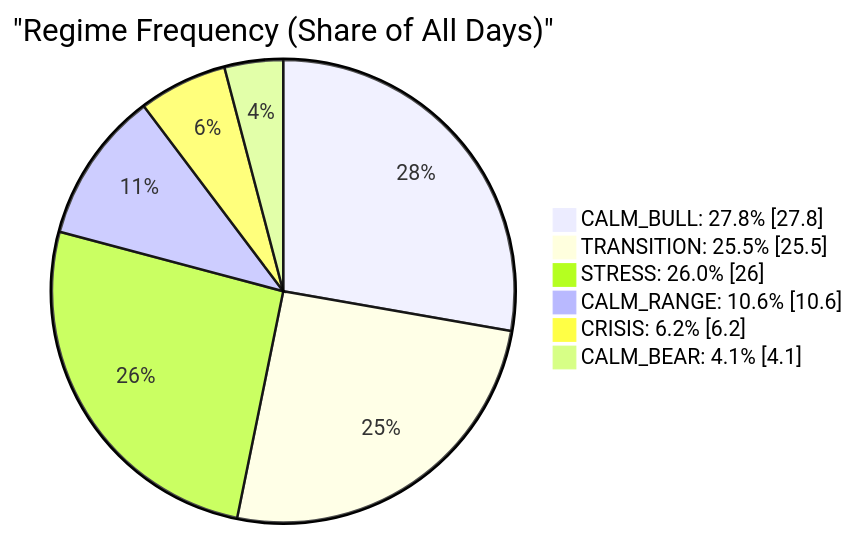
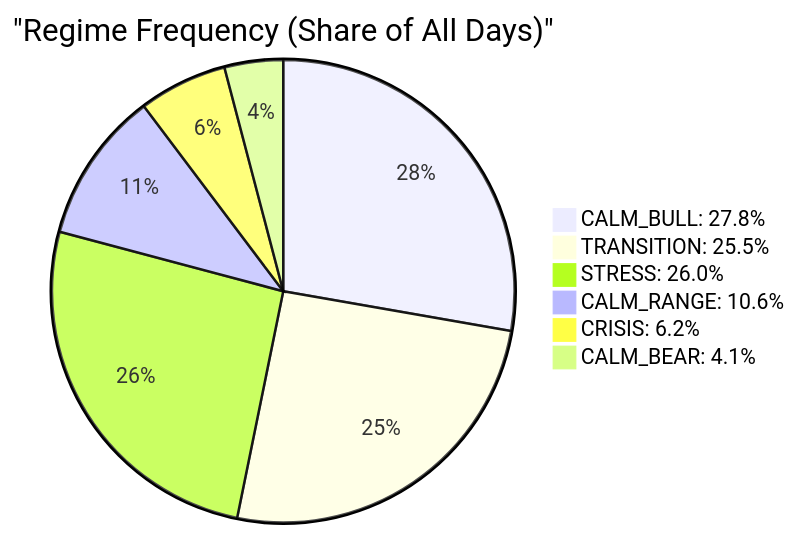
Diagram 18 of 20 in VISUALIZATION.md (VarunGore36/regime-classifier), drawn with Mermaid before and after one commit. The commit also changed other lines of this file, not shown here.

Commit message:
Fix VISUALIZATION.md: use only GitHub-supported Mermaid diagram types (flowchart, pie, mindmap)

````diff
--- a/VISUALIZATION.md
+++ b/VISUALIZATION.md
@@ -280,10 +295,10 @@
 ```mermaid
-pie showData
+pie
     title "Regime Frequency (Share of All Days)"
     "CALM_BULL: 27.8%" : 27.8
     "TRANSITION: 25.5%" : 25.5
     "STRESS: 26.0%" : 26.0
     "CALM_RANGE: 10.6%" : 10.6
     "CRISIS: 6.2%" : 6.2
     "CALM_BEAR: 4.1%" : 4.1
 ```
````
